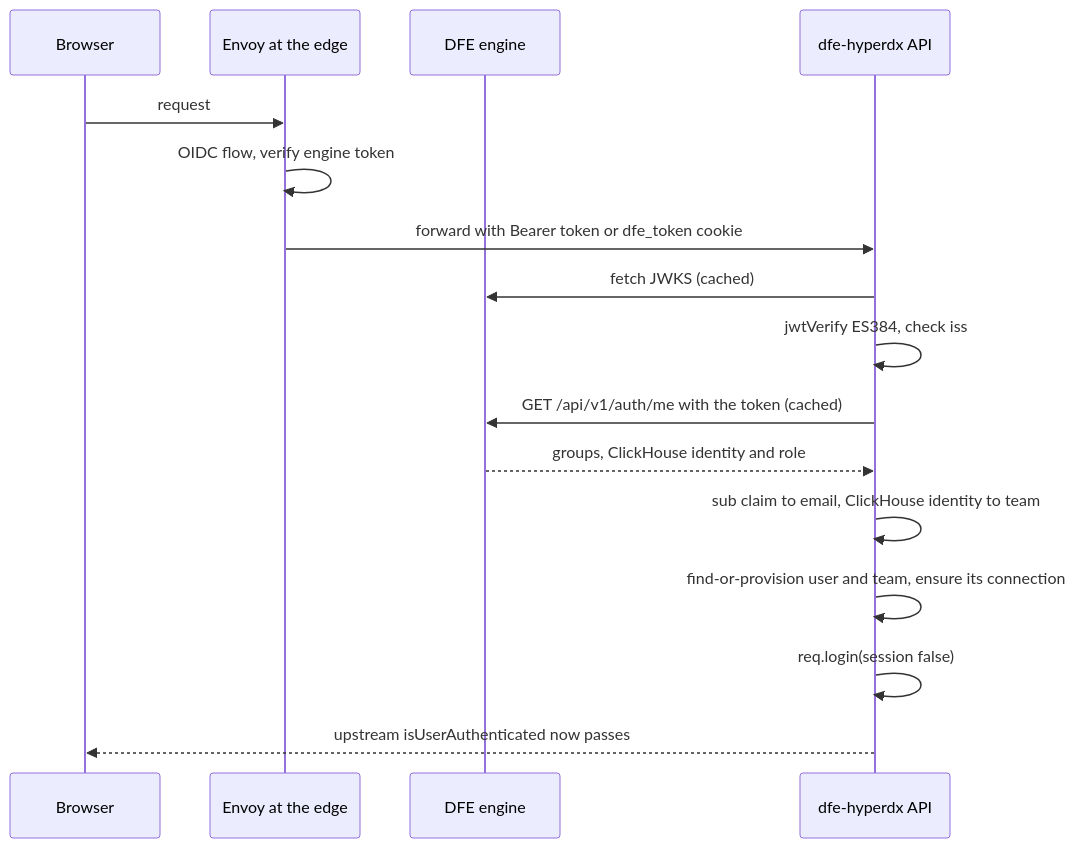
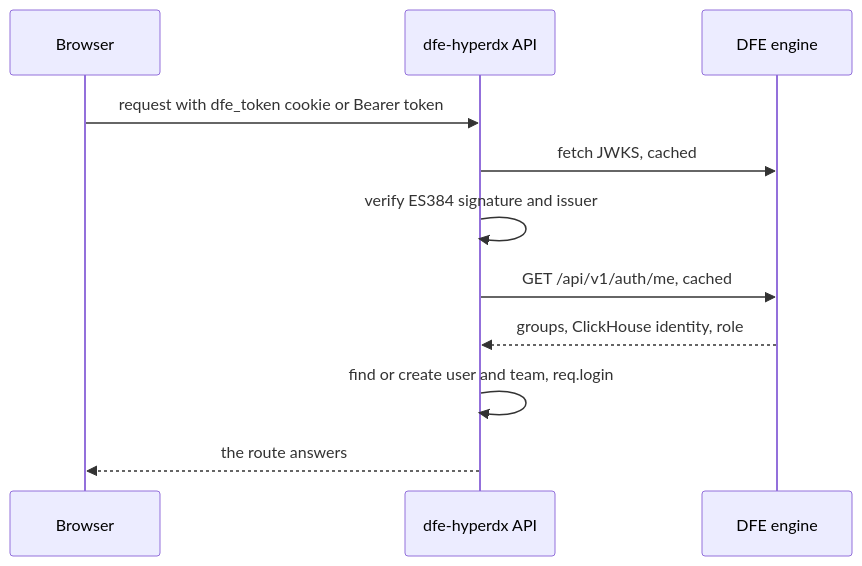
Before and after one commit to hyperi-io/dfe-hyperdx: the first of 2 diagrams in docs/architecture/oidc-authentication.md, drawn with Mermaid. The commit also changed other lines of this file and 24 other files, not shown here.

First line of the commit message:
docs(hyperdx): fix claims and redraw the fork docs diagrams

````diff
--- a/docs/architecture/oidc-authentication.md
+++ b/docs/architecture/oidc-authentication.md
@@ -18,19 +30,16 @@
 ```mermaid
 sequenceDiagram
-    participant User as Browser
-    participant Envoy as Envoy at the edge
+    accTitle: L4 Detail -- Engine token check
+    accDescr: The browser sends the engine token to the dfe-hyperdx API. The API fetches the engine JWKS, verifies the token, asks the engine for the session's groups, ClickHouse identity and role, then finds or creates the user and team and signs the user in for this request.
+    participant Browser as Browser
+    participant HDX as dfe-hyperdx API
     participant Engine as DFE engine
-    participant HDX as dfe-hyperdx API
 
-    User->>Envoy: request
-    Envoy->>Envoy: OIDC flow, verify engine token
-    Envoy->>HDX: forward with Bearer token or dfe_token cookie
-    HDX->>Engine: fetch JWKS (cached)
-    HDX->>HDX: jwtVerify ES384, check iss
-    HDX->>Engine: GET /api/v1/auth/me with the token (cached)
-    Engine-->>HDX: groups, ClickHouse identity and role
-    HDX->>HDX: sub claim to email, ClickHouse identity to team
-    HDX->>HDX: find-or-provision user and team, ensure its connection
-    HDX->>HDX: req.login(session false)
-    HDX-->>User: upstream isUserAuthenticated now passes
+    Browser->>HDX: request with dfe_token cookie or Bearer token
+    HDX->>Engine: fetch JWKS, cached
+    HDX->>HDX: verify ES384 signature and issuer
+    HDX->>Engine: GET /api/v1/auth/me, cached
+    Engine-->>HDX: groups, ClickHouse identity, role
+    HDX->>HDX: find or create user and team, req.login
+    HDX-->>Browser: the route answers
 ```
````
